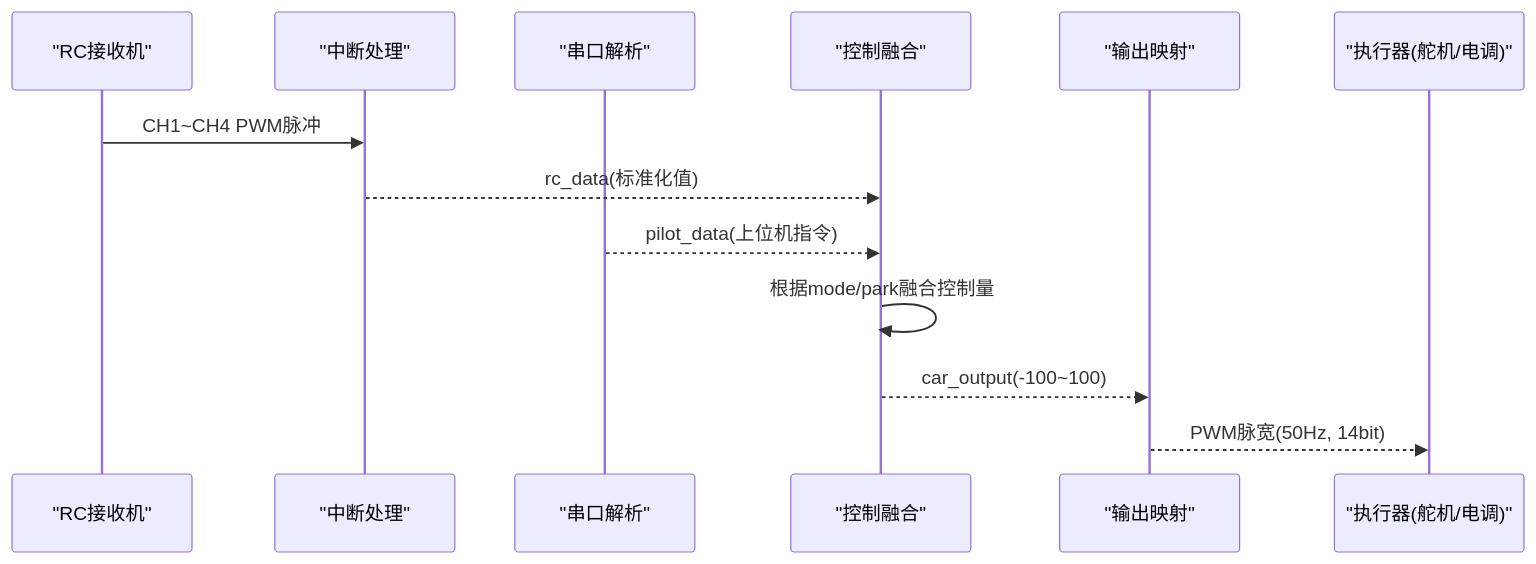
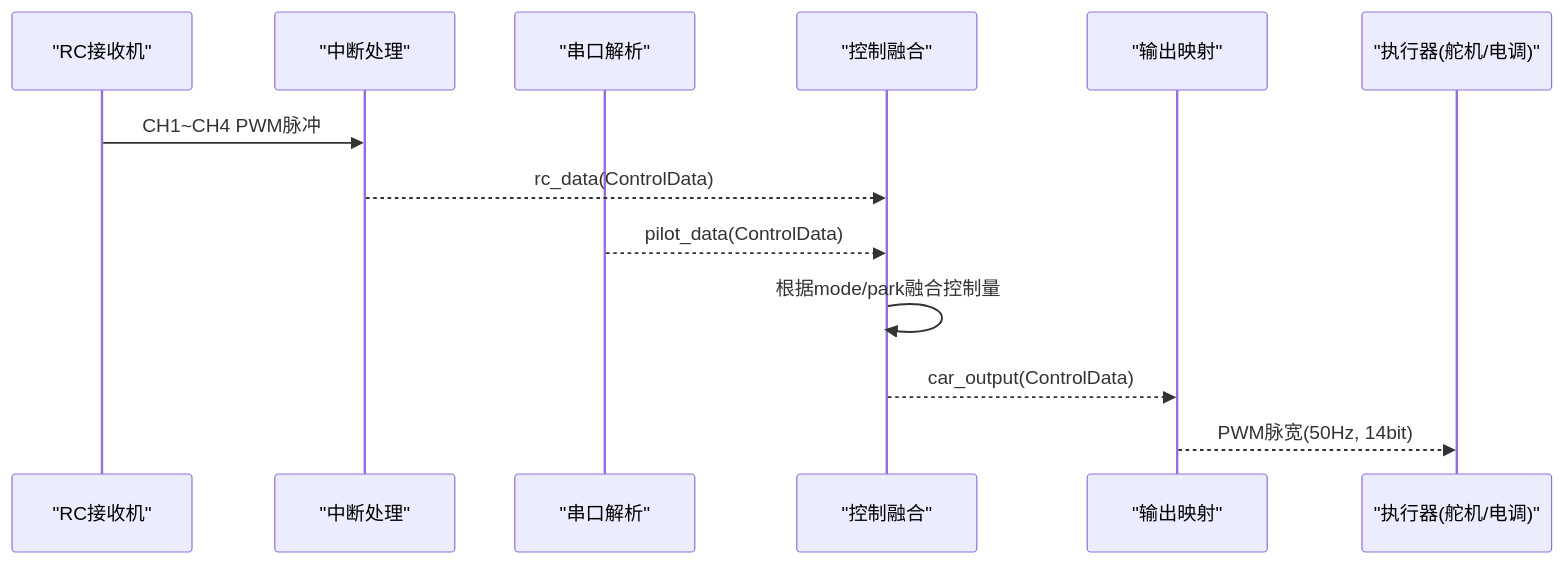
One commit to DonkeyDrift/Firmware changed the second of 4 diagrams in .qoder/repowiki/zh/content/软件架构/核心数据结构.md. Above: the diagram before and after it, drawn with Mermaid. The commit also changed other lines of this file and 9 other files, not shown here.

````diff
--- a/.qoder/repowiki/zh/content/软件架构/核心数据结构.md
+++ b/.qoder/repowiki/zh/content/软件架构/核心数据结构.md
@@ -67,15 +88,15 @@
 ```mermaid
 sequenceDiagram
 participant RC as "RC接收机"
 participant ISR as "中断处理"
 participant Parser as "串口解析"
 participant Fusion as "控制融合"
 participant Mapper as "输出映射"
 participant Act as "执行器(舵机/电调)"
 RC->>ISR : CH1~CH4 PWM脉冲
-ISR-->>Fusion : rc_data(标准化值)
-Parser-->>Fusion : pilot_data(上位机指令)
+ISR-->>Fusion : rc_data(ControlData)
+Parser-->>Fusion : pilot_data(ControlData)
 Fusion->>Fusion : 根据mode/park融合控制量
-Fusion-->>Mapper : car_output(-100~100)
+Fusion-->>Mapper : car_output(ControlData)
 Mapper-->>Act : PWM脉宽(50Hz, 14bit)
 ```
````
